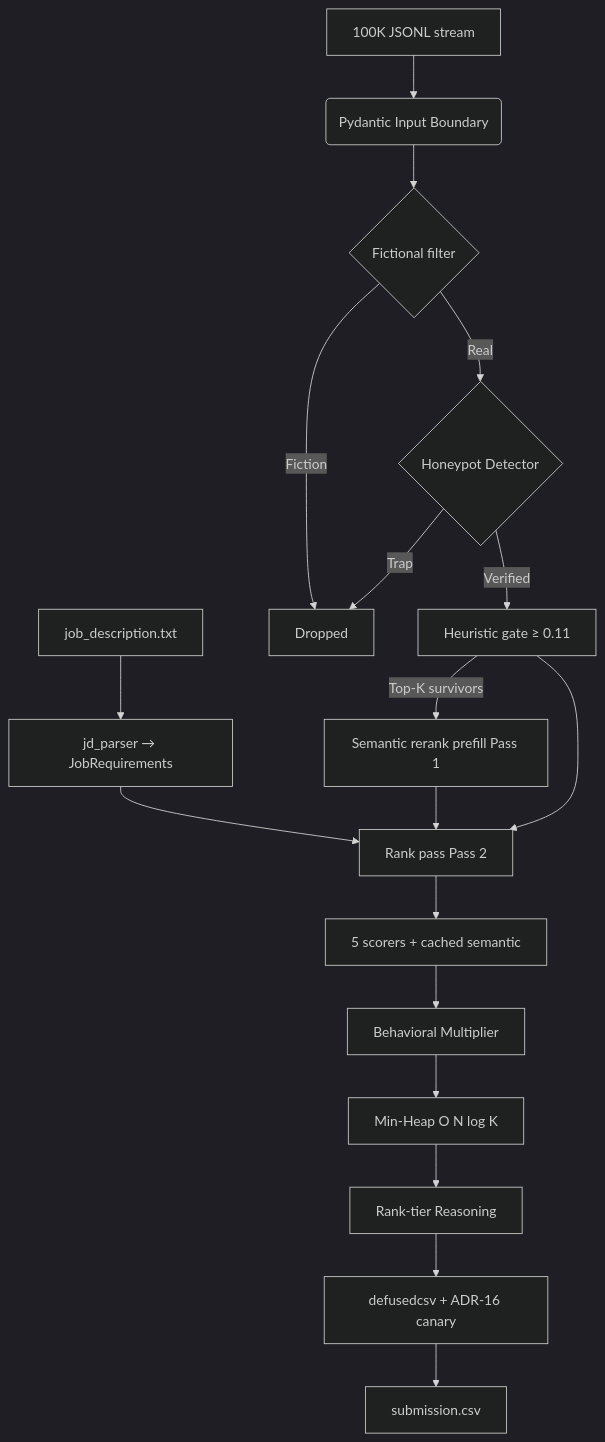
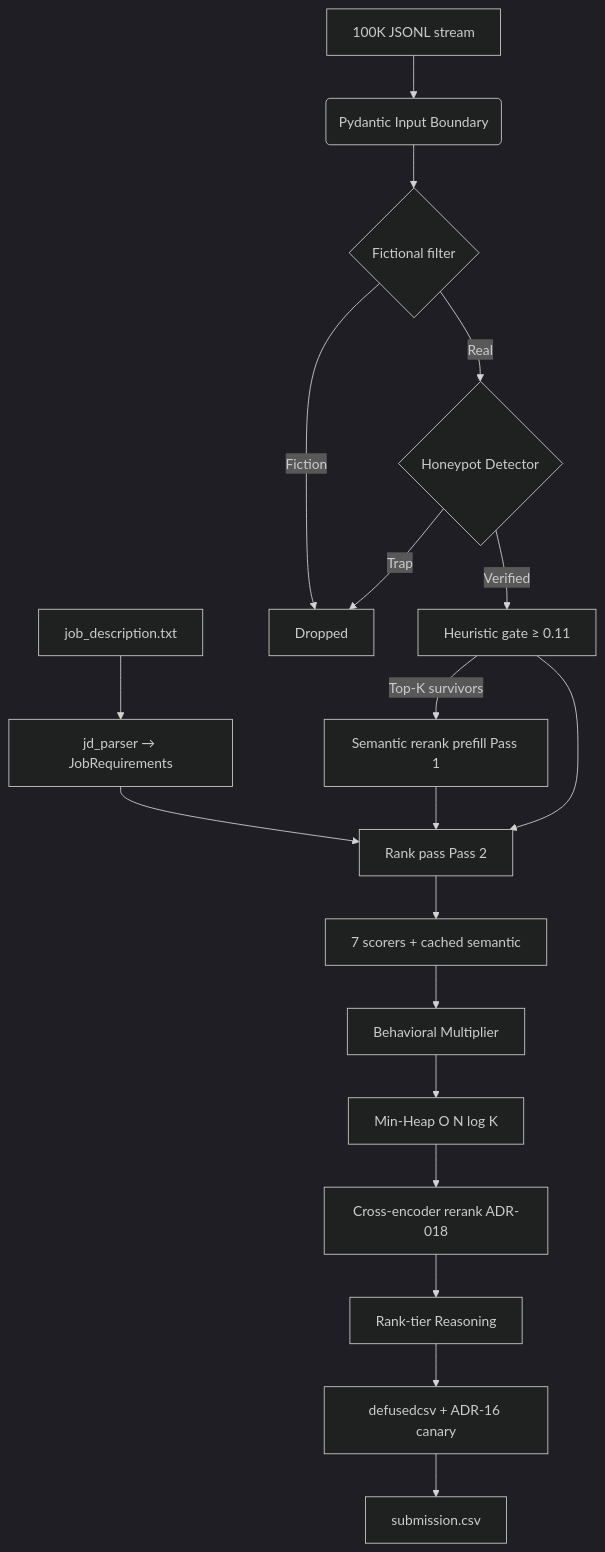
The diagram in docs/explanation/architecture.md (GunaPalanivel/Avera), drawn with Mermaid (dark theme) before and after one commit. The commit also changed 7 other files, not shown here.

First line of the commit message:
docs: sync scorer weights and architecture across all docs

````diff
--- a/docs/explanation/architecture.md
+++ b/docs/explanation/architecture.md
@@ -19,20 +19,21 @@
 ```mermaid
 graph TD
     JD[job_description.txt] --> JP[jd_parser → JobRequirements]
     A[100K JSONL stream] --> B(Pydantic Input Boundary)
     B --> C{Fictional filter}
     C -->|Fiction| D[Dropped]
     C -->|Real| E{Honeypot Detector}
     E -->|Trap| D
     E -->|Verified| F[Heuristic gate ≥ 0.11]
     F -->|Top-K survivors| G[Semantic rerank prefill Pass 1]
     F --> H[Rank pass Pass 2]
     G --> H
   JP --> H
-    H --> I[5 scorers + cached semantic]
+    H --> I[7 scorers + cached semantic]
     I --> J[Behavioral Multiplier]
     J --> K[Min-Heap O N log K]
-    K --> L[Rank-tier Reasoning]
+    K --> CE[Cross-encoder rerank ADR-018]
+    CE --> L[Rank-tier Reasoning]
     L --> M[defusedcsv + ADR-16 canary]
     M --> N[submission.csv]
 ```
````
